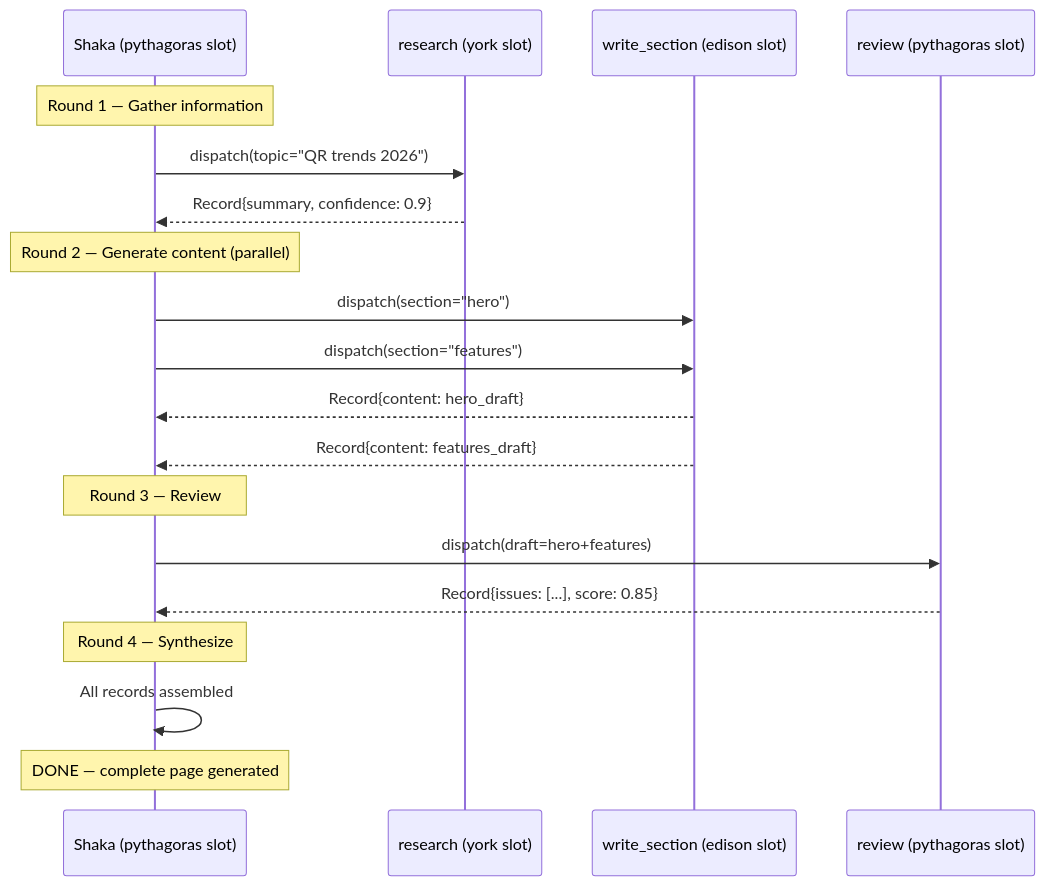
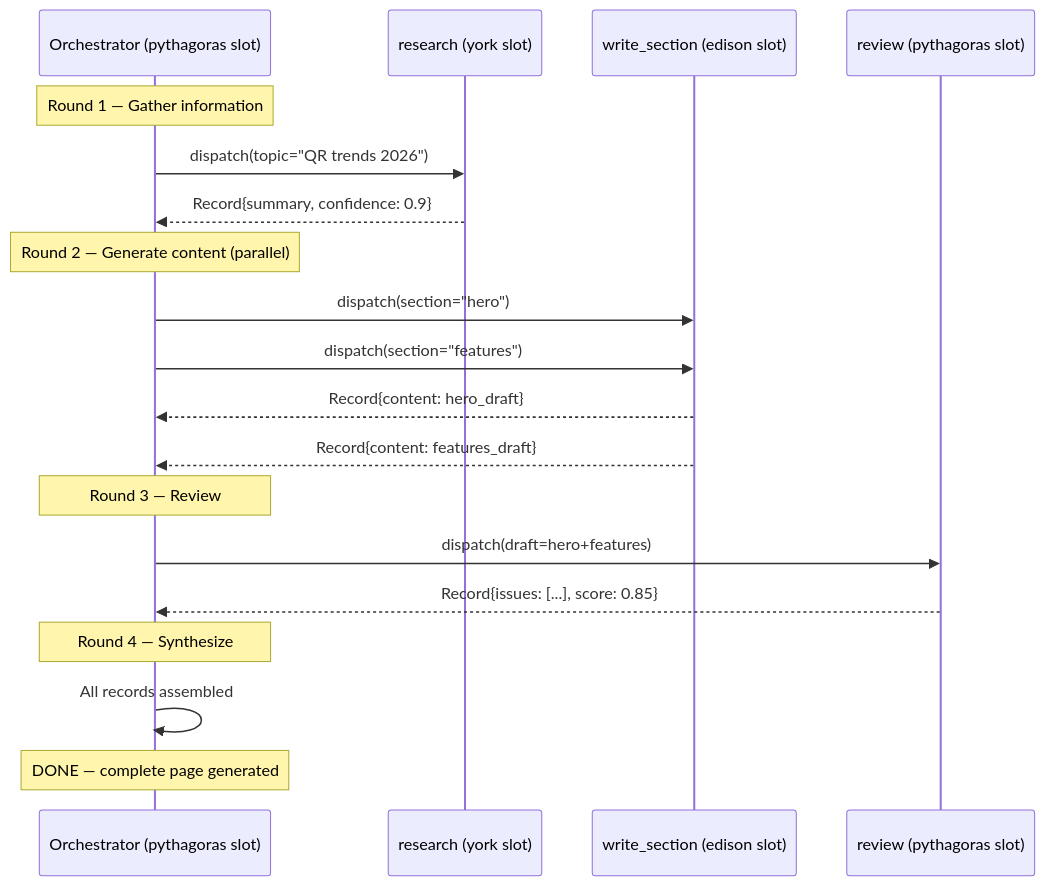
The tenth of 23 diagrams in docs/vision/11-nika-030-technical-reference.md (supernovae-st/nika), drawn with Mermaid before and after one commit. The commit also changed other lines of this file and 72 other files, not shown here.

````diff
--- a/docs/vision/11-nika-030-technical-reference.md
+++ b/docs/vision/11-nika-030-technical-reference.md
@@ -600,25 +600,25 @@
 ```mermaid
 sequenceDiagram
-    participant STR as Shaka (pythagoras slot)
+    participant STR as Orchestrator (pythagoras slot)
     participant R as research (york slot)
     participant W as write_section (edison slot)
     participant V as review (pythagoras slot)
 
     Note over STR: Round 1 — Gather information
     STR->>R: dispatch(topic="QR trends 2026")
     R-->>STR: Record{summary, confidence: 0.9}
 
     Note over STR: Round 2 — Generate content (parallel)
     STR->>W: dispatch(section="hero")
     STR->>W: dispatch(section="features")
     W-->>STR: Record{content: hero_draft}
     W-->>STR: Record{content: features_draft}
 
     Note over STR: Round 3 — Review
     STR->>V: dispatch(draft=hero+features)
     V-->>STR: Record{issues: [...], score: 0.85}
 
     Note over STR: Round 4 — Synthesize
     STR->>STR: All records assembled
     Note over STR: DONE — complete page generated
 ```
````
